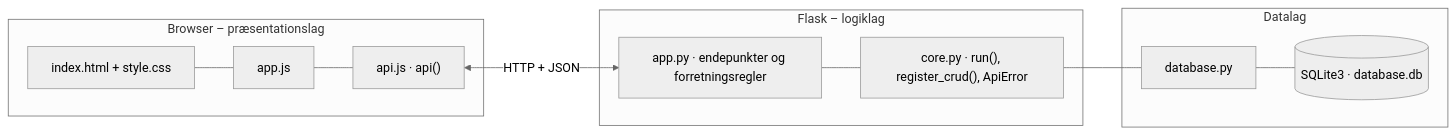
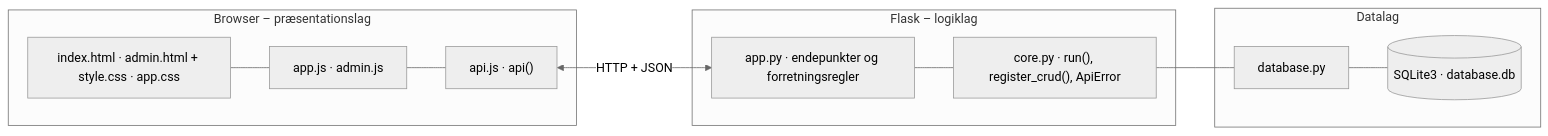
Before and after one commit to EKmiwn/e2026-3-sem-A: the second of 2 diagrams in 2-GreenMobility-UrbanMotion/DOCS.md, drawn with Mermaid (neutral theme). The commit also changed other lines of this file and 38 other files, not shown here.

````diff
--- a/2-GreenMobility-UrbanMotion/DOCS.md
+++ b/2-GreenMobility-UrbanMotion/DOCS.md
@@ -158,14 +211,14 @@
 ```mermaid
 flowchart LR
     subgraph Klient["Browser – præsentationslag"]
-        HTML["index.html + style.css"] --- JS["app.js"] --- API["api.js · api()"]
+        HTML["index.html · admin.html + style.css · app.css"] --- JS["app.js · admin.js"] --- API["api.js · api()"]
     end
     subgraph Server["Flask – logiklag"]
         ROUTES["app.py · endepunkter og forretningsregler"] --- CORE["core.py · run(), register_crud(), ApiError"]
     end
     subgraph Data["Datalag"]
         DBPY["database.py"] --- DB[("SQLite3 · database.db")]
     end
     API <-->|"HTTP + JSON"| ROUTES
     CORE --- DBPY
 ```
````
